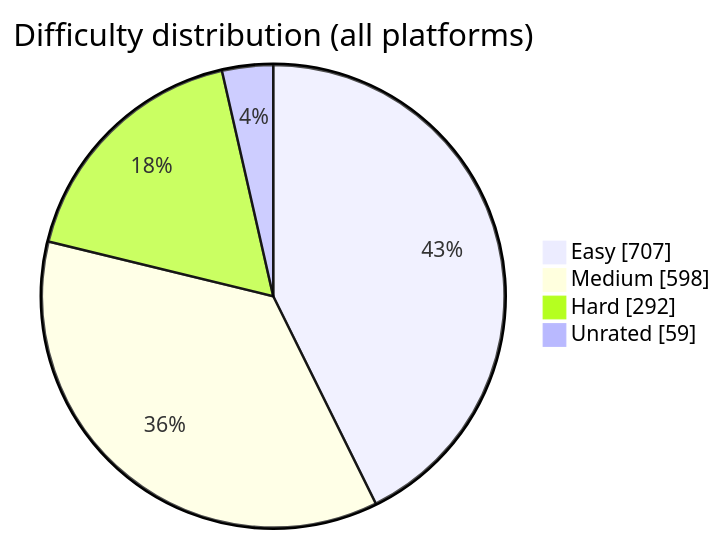
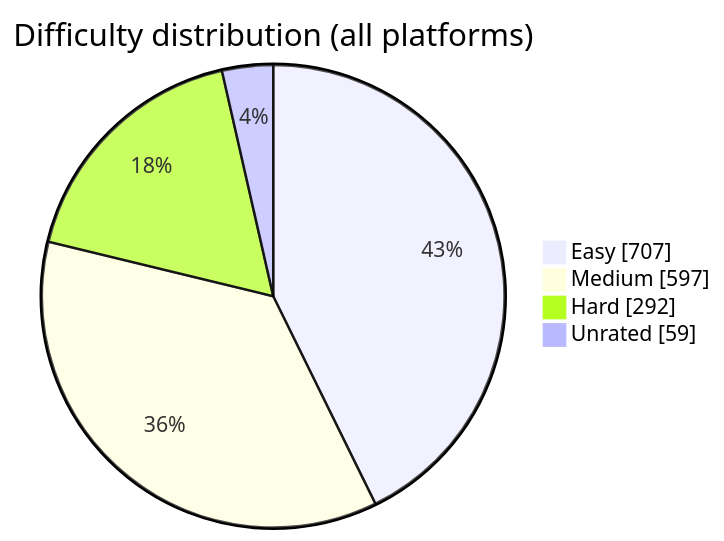
Before and after one commit to BuildbyArindam/Daily-Coding-Log: the diagram in README.md, drawn with Mermaid. The commit also changed other lines of this file, not shown here.

````diff
--- a/README.md
+++ b/README.md
@@ -93,7 +93,7 @@
 ```mermaid
 pie showData title Difficulty distribution (all platforms)
     "Easy" : 707
-    "Medium" : 598
+    "Medium" : 597
     "Hard" : 292
     "Unrated" : 59
 ```
````
